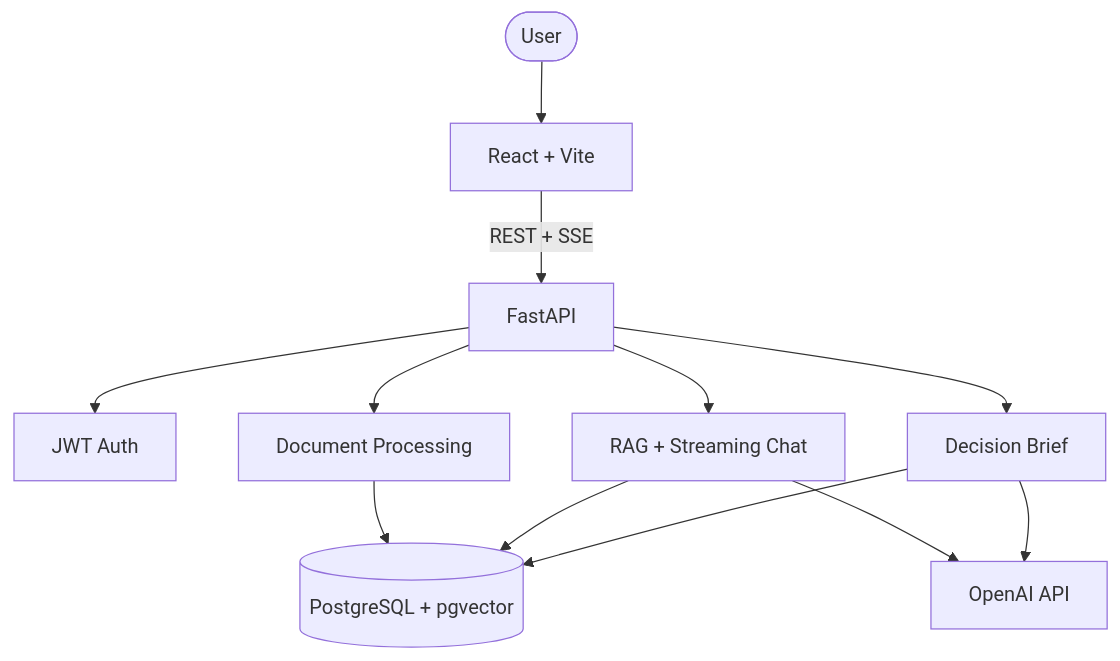
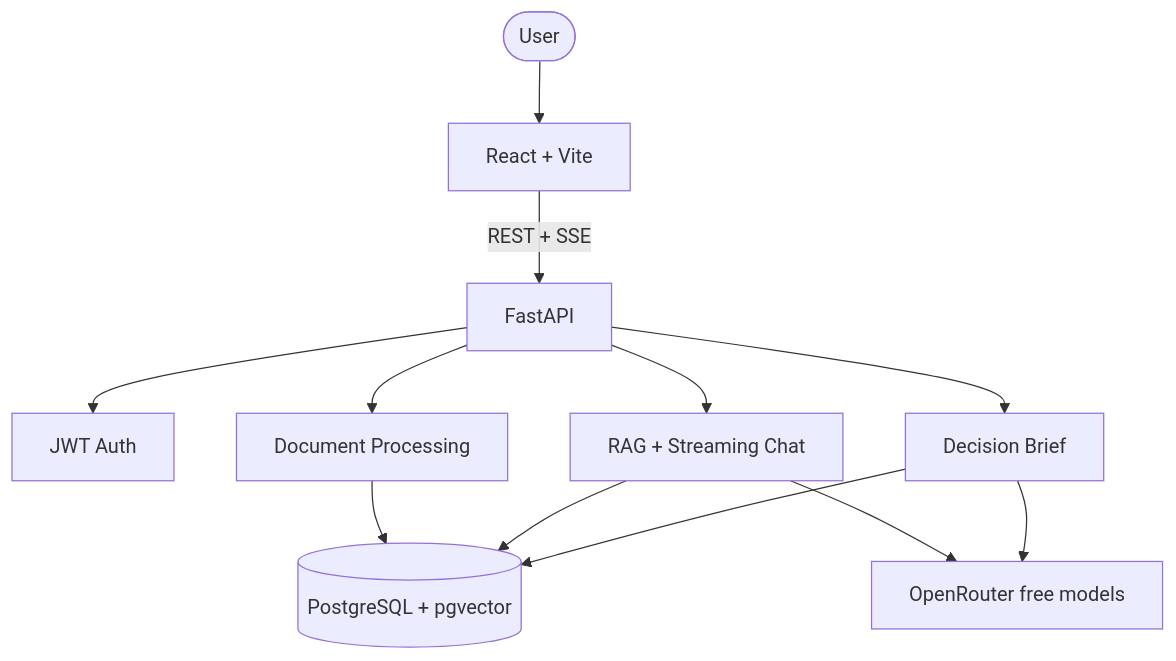
One commit to YatharthSharma1309/debrief changed the diagram in README.md. Above: the diagram before and after it, drawn with Mermaid. The commit also changed other lines of this file and 25 other files, not shown here.

First line of the commit message:
Switch Debrief to OpenRouter free models and ship live deploy docs.

````diff
--- a/README.md
+++ b/README.md
@@ -61,14 +64,14 @@
 ```mermaid
 flowchart TB
     User([User]) --> FE[React + Vite]
     FE -->|REST + SSE| API[FastAPI]
     API --> Auth[JWT Auth]
     API --> Docs[Document Processing]
     API --> RAG[RAG + Streaming Chat]
     API --> Brief[Decision Brief]
     Docs --> PG[(PostgreSQL + pgvector)]
     RAG --> PG
     Brief --> PG
-    RAG --> OAI[OpenAI API]
-    Brief --> OAI
+    RAG --> OR[OpenRouter free models]
+    Brief --> OR
 ```
````
